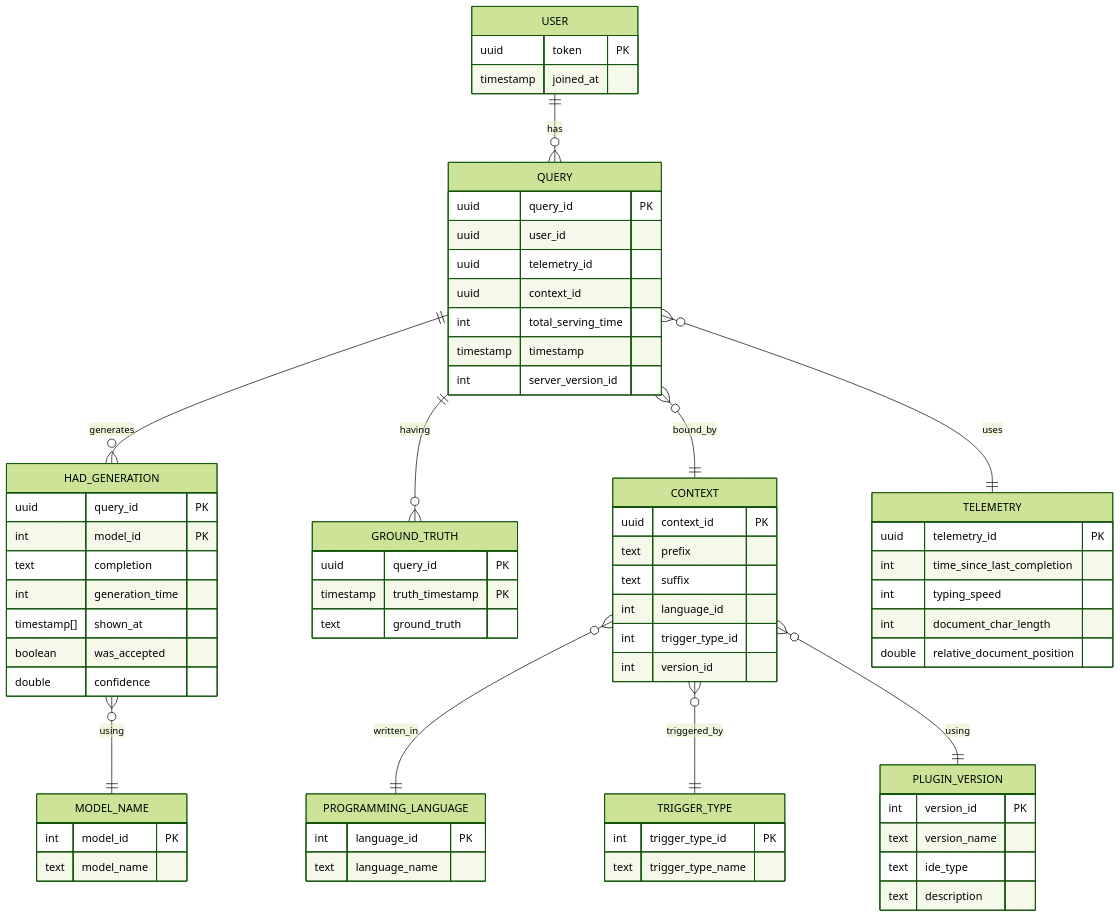
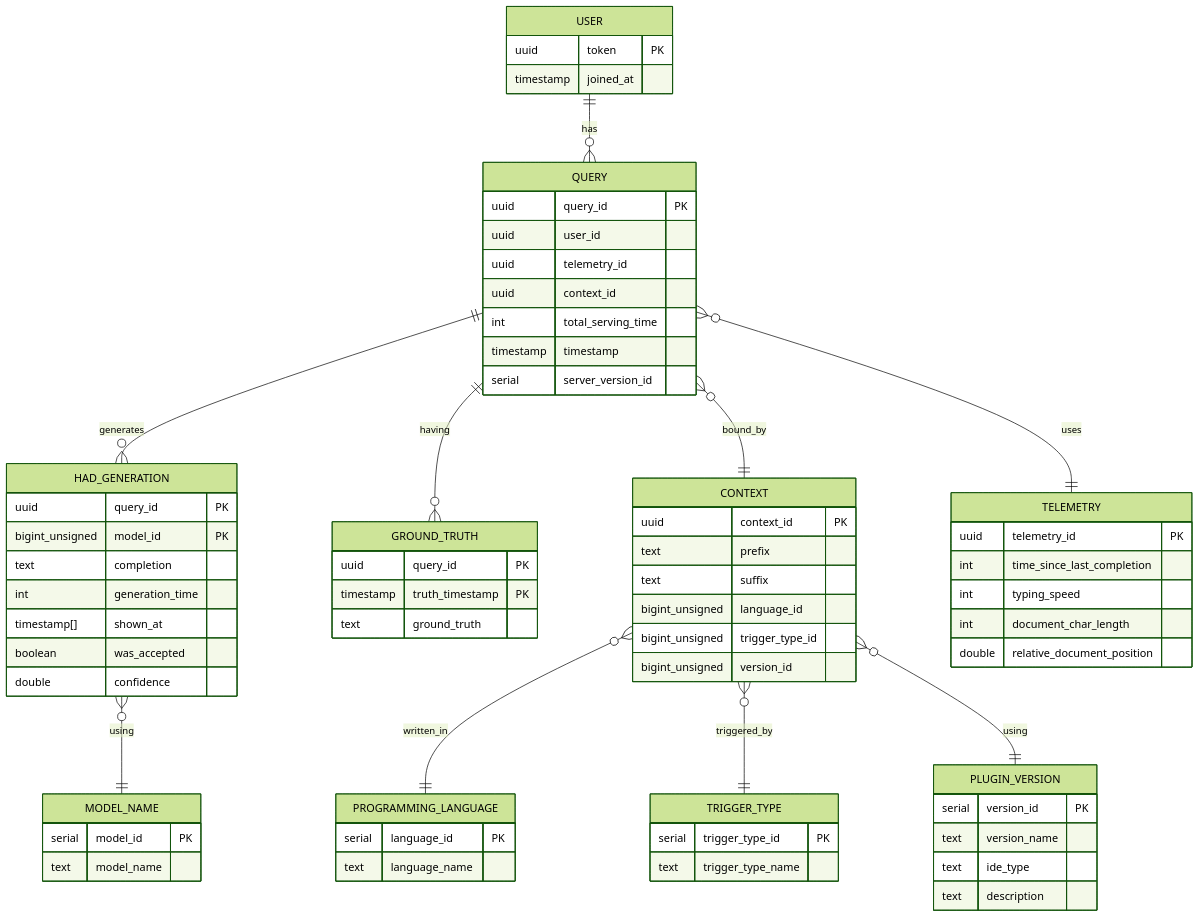
Before and after one commit to AISE-TUDelft/coco: the diagram in server/database/readme.md, drawn with Mermaid (forest theme). The commit also changed other lines of this file and 3 other files, not shown here.

Commit message:
update the database to use serial data type for some of the tables of which the values do not change that much to facilitate the addition of new models, languges, trigger types, and plugin versions.

````diff
--- a/server/database/readme.md
+++ b/server/database/readme.md
@@ -5,84 +5,84 @@
 ```mermaid
 erDiagram
     USER {
         uuid token PK
         timestamp joined_at
     }
     
     QUERY {
         uuid query_id PK
         uuid user_id
         uuid telemetry_id
         uuid context_id
         int total_serving_time
         timestamp timestamp
-        int server_version_id
+        serial server_version_id
     }
     
     MODEL_NAME {
-        int model_id PK
+        serial model_id PK
         text model_name
     }
     
     PLUGIN_VERSION {
-        int version_id PK
+        serial version_id PK
         text version_name
         text ide_type
         text description
     }
     
     TRIGGER_TYPE {
-        int trigger_type_id PK
+        serial trigger_type_id PK
         text trigger_type_name
     }
     
     PROGRAMMING_LANGUAGE {
-        int language_id PK
+        serial language_id PK
         text language_name
     }
     
     HAD_GENERATION {
         uuid query_id PK
-        int model_id PK
+        bigint_unsigned model_id PK
         text completion
         int generation_time
         timestamp[] shown_at
         boolean was_accepted
         double confidence
     }
     
     GROUND_TRUTH {
         uuid query_id PK
         timestamp truth_timestamp PK
         text ground_truth
     }
     
     CONTEXT {
         uuid context_id PK
         text prefix
         text suffix
-        int language_id
-        int trigger_type_id
-        int version_id
+        bigint_unsigned language_id
+        bigint_unsigned trigger_type_id
+        bigint_unsigned version_id
     }
     
     TELEMETRY {
         uuid telemetry_id PK
         int time_since_last_completion
         int typing_speed
         int document_char_length
         double relative_document_position
     }
     
     USER ||--o{ QUERY : has
     QUERY ||--o{ HAD_GENERATION : generates
     QUERY ||--o{ GROUND_TRUTH : having
     QUERY }o--|| TELEMETRY : uses
     QUERY }o--|| CONTEXT : bound_by
     CONTEXT }o--|| PROGRAMMING_LANGUAGE : written_in
     CONTEXT }o--|| TRIGGER_TYPE : triggered_by
     CONTEXT }o--|| PLUGIN_VERSION : using
     HAD_GENERATION }o--|| MODEL_NAME : using
 
 
 ```
````
